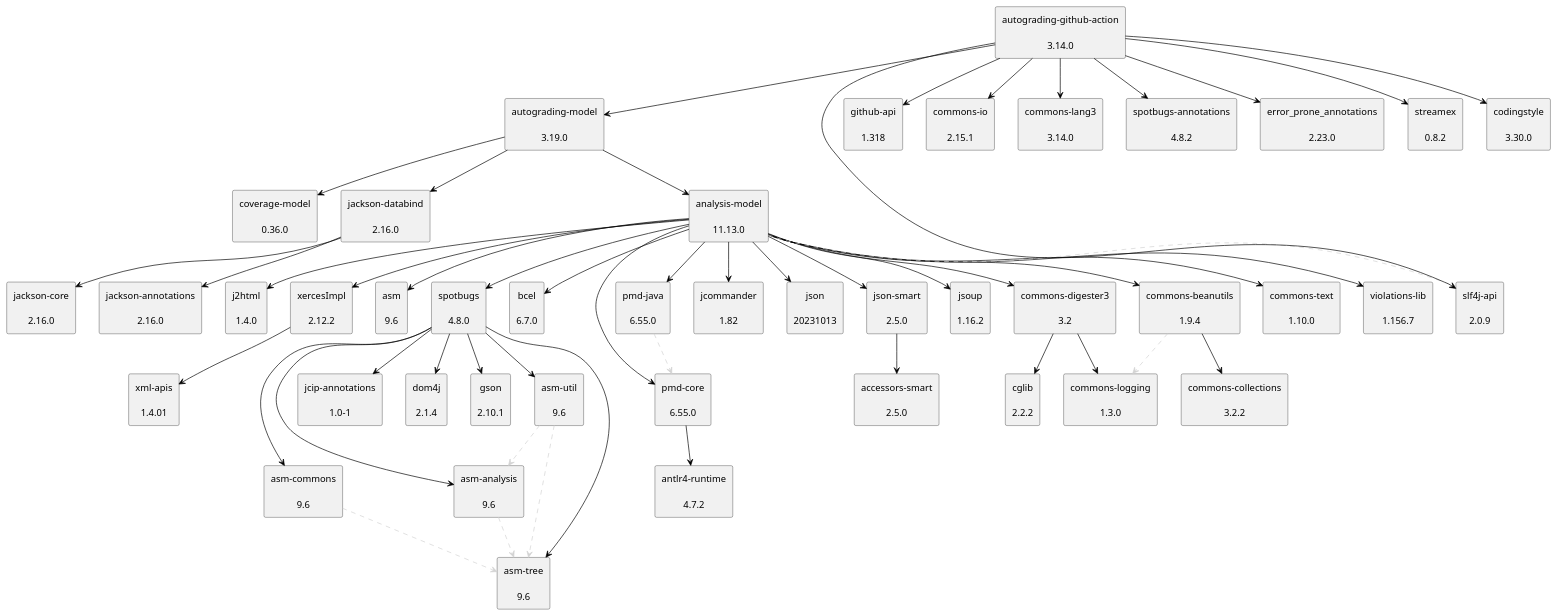
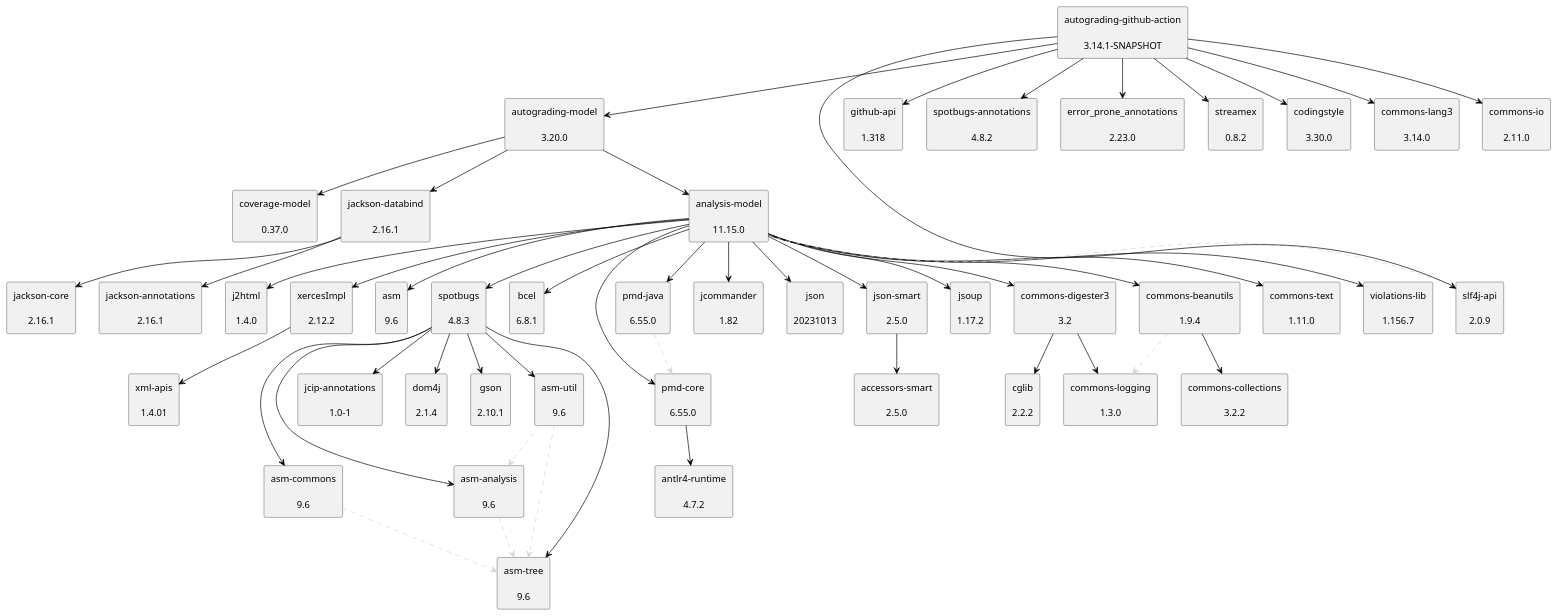
Before and after one commit to uhafner/autograding-github-action: the diagram in doc/dependency-graph.puml, drawn with PlantUML. The commit also changed 1 other file, not shown here.

```diff
--- a/doc/dependency-graph.puml
+++ b/doc/dependency-graph.puml
@@ -1,101 +1,101 @@
 @startuml
 skinparam defaultTextAlignment center
 skinparam rectangle {
   BackgroundColor<<optional>> beige
   BackgroundColor<<test>> lightGreen
   BackgroundColor<<runtime>> lightBlue
   BackgroundColor<<provided>> lightGray
 }
-rectangle "analysis-model\n\n11.13.0" as edu_hm_hafner_analysis_model_jar
-rectangle "jsoup\n\n1.16.2" as org_jsoup_jsoup_jar
+rectangle "analysis-model\n\n11.15.0" as edu_hm_hafner_analysis_model_jar
+rectangle "jsoup\n\n1.17.2" as org_jsoup_jsoup_jar
 rectangle "commons-digester3\n\n3.2" as org_apache_commons_commons_digester3_jar
 rectangle "cglib\n\n2.2.2" as cglib_cglib_jar
 rectangle "commons-logging\n\n1.3.0" as commons_logging_commons_logging_jar
 rectangle "commons-beanutils\n\n1.9.4" as commons_beanutils_commons_beanutils_jar
 rectangle "commons-collections\n\n3.2.2" as commons_collections_commons_collections_jar
-rectangle "commons-text\n\n1.10.0" as org_apache_commons_commons_text_jar
+rectangle "commons-text\n\n1.11.0" as org_apache_commons_commons_text_jar
 rectangle "violations-lib\n\n1.156.7" as se_bjurr_violations_violations_lib_jar
 rectangle "j2html\n\n1.4.0" as com_j2html_j2html_jar
 rectangle "xercesImpl\n\n2.12.2" as xerces_xercesImpl_jar
 rectangle "xml-apis\n\n1.4.01" as xml_apis_xml_apis_jar
 rectangle "asm\n\n9.6" as org_ow2_asm_asm_jar
 rectangle "asm-analysis\n\n9.6" as org_ow2_asm_asm_analysis_jar
 rectangle "asm-tree\n\n9.6" as org_ow2_asm_asm_tree_jar
-rectangle "spotbugs\n\n4.8.0" as com_github_spotbugs_spotbugs_jar
+rectangle "spotbugs\n\n4.8.3" as com_github_spotbugs_spotbugs_jar
 rectangle "asm-commons\n\n9.6" as org_ow2_asm_asm_commons_jar
 rectangle "asm-util\n\n9.6" as org_ow2_asm_asm_util_jar
 rectangle "jcip-annotations\n\n1.0-1" as com_github_stephenc_jcip_jcip_annotations_jar
 rectangle "dom4j\n\n2.1.4" as org_dom4j_dom4j_jar
 rectangle "gson\n\n2.10.1" as com_google_code_gson_gson_jar
-rectangle "bcel\n\n6.7.0" as org_apache_bcel_bcel_jar
+rectangle "bcel\n\n6.8.1" as org_apache_bcel_bcel_jar
 rectangle "pmd-core\n\n6.55.0" as net_sourceforge_pmd_pmd_core_jar
 rectangle "antlr4-runtime\n\n4.7.2" as org_antlr_antlr4_runtime_jar
 rectangle "jcommander\n\n1.82" as com_beust_jcommander_jar
 rectangle "pmd-java\n\n6.55.0" as net_sourceforge_pmd_pmd_java_jar
 rectangle "json\n\n20231013" as org_json_json_jar
 rectangle "json-smart\n\n2.5.0" as net_minidev_json_smart_jar
 rectangle "accessors-smart\n\n2.5.0" as net_minidev_accessors_smart_jar
 rectangle "slf4j-api\n\n2.0.9" as org_slf4j_slf4j_api_jar
-rectangle "autograding-model\n\n3.19.0" as edu_hm_hafner_autograding_model_jar
-rectangle "coverage-model\n\n0.36.0" as edu_hm_hafner_coverage_model_jar
-rectangle "jackson-databind\n\n2.16.0" as com_fasterxml_jackson_core_jackson_databind_jar
-rectangle "jackson-annotations\n\n2.16.0" as com_fasterxml_jackson_core_jackson_annotations_jar
-rectangle "jackson-core\n\n2.16.0" as com_fasterxml_jackson_core_jackson_core_jar
-rectangle "autograding-github-action\n\n3.14.0" as edu_hm_hafner_autograding_github_action_jar
+rectangle "autograding-model\n\n3.20.0" as edu_hm_hafner_autograding_model_jar
+rectangle "coverage-model\n\n0.37.0" as edu_hm_hafner_coverage_model_jar
+rectangle "jackson-databind\n\n2.16.1" as com_fasterxml_jackson_core_jackson_databind_jar
+rectangle "jackson-annotations\n\n2.16.1" as com_fasterxml_jackson_core_jackson_annotations_jar
+rectangle "jackson-core\n\n2.16.1" as com_fasterxml_jackson_core_jackson_core_jar
+rectangle "autograding-github-action\n\n3.14.1-SNAPSHOT" as edu_hm_hafner_autograding_github_action_jar
 rectangle "github-api\n\n1.318" as org_kohsuke_github_api_jar
-rectangle "commons-io\n\n2.15.1" as commons_io_commons_io_jar
-rectangle "commons-lang3\n\n3.14.0" as org_apache_commons_commons_lang3_jar
 rectangle "spotbugs-annotations\n\n4.8.2" as com_github_spotbugs_spotbugs_annotations_jar
 rectangle "error_prone_annotations\n\n2.23.0" as com_google_errorprone_error_prone_annotations_jar
 rectangle "streamex\n\n0.8.2" as one_util_streamex_jar
 rectangle "codingstyle\n\n3.30.0" as edu_hm_hafner_codingstyle_jar
+rectangle "commons-lang3\n\n3.14.0" as org_apache_commons_commons_lang3_jar
+rectangle "commons-io\n\n2.11.0" as commons_io_commons_io_jar
 edu_hm_hafner_analysis_model_jar -[#000000]-> org_jsoup_jsoup_jar
 org_apache_commons_commons_digester3_jar -[#000000]-> cglib_cglib_jar
 org_apache_commons_commons_digester3_jar -[#000000]-> commons_logging_commons_logging_jar
 edu_hm_hafner_analysis_model_jar -[#000000]-> org_apache_commons_commons_digester3_jar
 commons_beanutils_commons_beanutils_jar .[#D3D3D3].> commons_logging_commons_logging_jar
 commons_beanutils_commons_beanutils_jar -[#000000]-> commons_collections_commons_collections_jar
 edu_hm_hafner_analysis_model_jar -[#000000]-> commons_beanutils_commons_beanutils_jar
 edu_hm_hafner_analysis_model_jar -[#000000]-> org_apache_commons_commons_text_jar
 edu_hm_hafner_analysis_model_jar -[#000000]-> se_bjurr_violations_violations_lib_jar
 edu_hm_hafner_analysis_model_jar -[#000000]-> com_j2html_j2html_jar
 xerces_xercesImpl_jar -[#000000]-> xml_apis_xml_apis_jar
 edu_hm_hafner_analysis_model_jar -[#000000]-> xerces_xercesImpl_jar
 edu_hm_hafner_analysis_model_jar -[#000000]-> org_ow2_asm_asm_jar
 org_ow2_asm_asm_analysis_jar .[#D3D3D3].> org_ow2_asm_asm_tree_jar
 com_github_spotbugs_spotbugs_jar -[#000000]-> org_ow2_asm_asm_analysis_jar
 org_ow2_asm_asm_commons_jar .[#D3D3D3].> org_ow2_asm_asm_tree_jar
 com_github_spotbugs_spotbugs_jar -[#000000]-> org_ow2_asm_asm_commons_jar
 com_github_spotbugs_spotbugs_jar -[#000000]-> org_ow2_asm_asm_tree_jar
 org_ow2_asm_asm_util_jar .[#D3D3D3].> org_ow2_asm_asm_tree_jar
 org_ow2_asm_asm_util_jar .[#D3D3D3].> org_ow2_asm_asm_analysis_jar
 com_github_spotbugs_spotbugs_jar -[#000000]-> org_ow2_asm_asm_util_jar
 com_github_spotbugs_spotbugs_jar -[#000000]-> com_github_stephenc_jcip_jcip_annotations_jar
 com_github_spotbugs_spotbugs_jar -[#000000]-> org_dom4j_dom4j_jar
 com_github_spotbugs_spotbugs_jar -[#000000]-> com_google_code_gson_gson_jar
 edu_hm_hafner_analysis_model_jar -[#000000]-> com_github_spotbugs_spotbugs_jar
 edu_hm_hafner_analysis_model_jar -[#000000]-> org_apache_bcel_bcel_jar
 net_sourceforge_pmd_pmd_core_jar -[#000000]-> org_antlr_antlr4_runtime_jar
 edu_hm_hafner_analysis_model_jar -[#000000]-> net_sourceforge_pmd_pmd_core_jar
 edu_hm_hafner_analysis_model_jar -[#000000]-> com_beust_jcommander_jar
 net_sourceforge_pmd_pmd_java_jar .[#D3D3D3].> net_sourceforge_pmd_pmd_core_jar
 edu_hm_hafner_analysis_model_jar -[#000000]-> net_sourceforge_pmd_pmd_java_jar
 edu_hm_hafner_analysis_model_jar -[#000000]-> org_json_json_jar
 net_minidev_json_smart_jar -[#000000]-> net_minidev_accessors_smart_jar
 edu_hm_hafner_analysis_model_jar -[#000000]-> net_minidev_json_smart_jar
 edu_hm_hafner_analysis_model_jar .[#D3D3D3].> org_slf4j_slf4j_api_jar
 edu_hm_hafner_autograding_model_jar -[#000000]-> edu_hm_hafner_analysis_model_jar
 edu_hm_hafner_autograding_model_jar -[#000000]-> edu_hm_hafner_coverage_model_jar
 com_fasterxml_jackson_core_jackson_databind_jar -[#000000]-> com_fasterxml_jackson_core_jackson_annotations_jar
 com_fasterxml_jackson_core_jackson_databind_jar -[#000000]-> com_fasterxml_jackson_core_jackson_core_jar
 edu_hm_hafner_autograding_model_jar -[#000000]-> com_fasterxml_jackson_core_jackson_databind_jar
 edu_hm_hafner_autograding_github_action_jar -[#000000]-> edu_hm_hafner_autograding_model_jar
 edu_hm_hafner_autograding_github_action_jar -[#000000]-> org_kohsuke_github_api_jar
-edu_hm_hafner_autograding_github_action_jar -[#000000]-> commons_io_commons_io_jar
-edu_hm_hafner_autograding_github_action_jar -[#000000]-> org_apache_commons_commons_lang3_jar
 edu_hm_hafner_autograding_github_action_jar -[#000000]-> org_slf4j_slf4j_api_jar
 edu_hm_hafner_autograding_github_action_jar -[#000000]-> com_github_spotbugs_spotbugs_annotations_jar
 edu_hm_hafner_autograding_github_action_jar -[#000000]-> com_google_errorprone_error_prone_annotations_jar
 edu_hm_hafner_autograding_github_action_jar -[#000000]-> one_util_streamex_jar
 edu_hm_hafner_autograding_github_action_jar -[#000000]-> edu_hm_hafner_codingstyle_jar
+edu_hm_hafner_autograding_github_action_jar -[#000000]-> org_apache_commons_commons_lang3_jar
+edu_hm_hafner_autograding_github_action_jar -[#000000]-> commons_io_commons_io_jar
 @enduml
```
